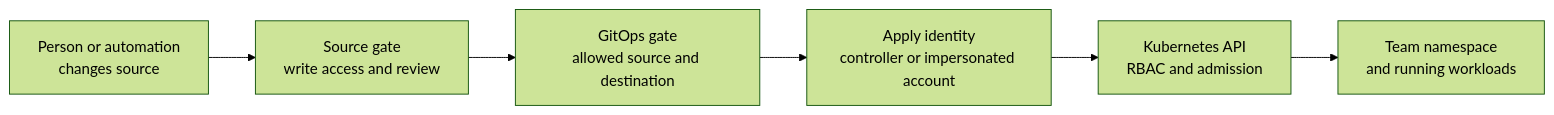
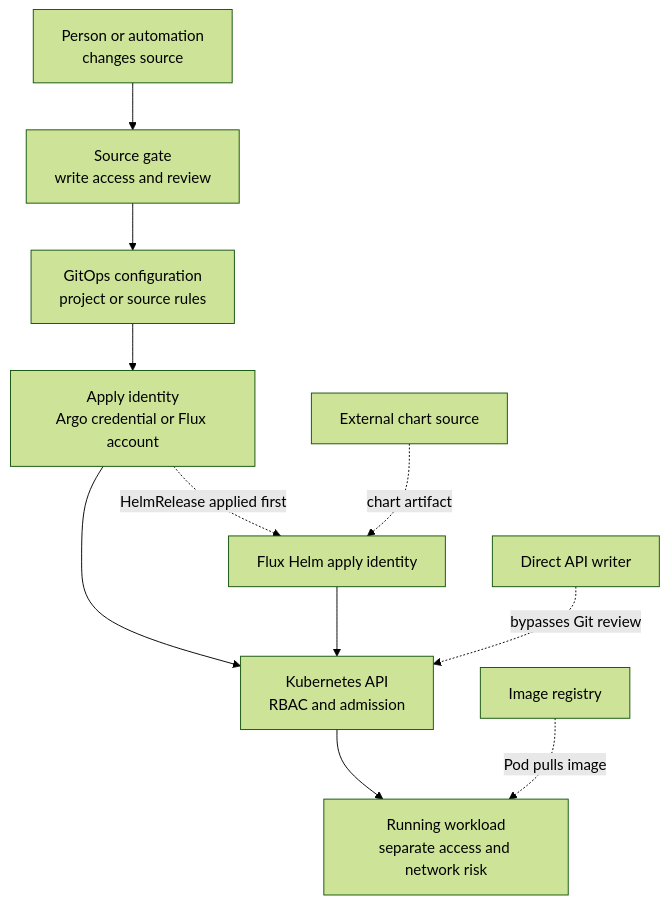
One commit to David-A18/MY-humble-knowledge-for-everyone changed the diagram in knowledge/kubernetes/applications-and-tools/gitops-security-and-multitenancy.md. Above: the diagram before and after it, drawn with Mermaid (forest theme). The commit also changed other lines of this file and 6 other files, not shown here.

Commit message:
Clarify GitOps tenant security and apply identities

````diff
--- a/knowledge/kubernetes/applications-and-tools/gitops-security-and-multitenancy.md
+++ b/knowledge/kubernetes/applications-and-tools/gitops-security-and-multitenancy.md
@@ -60,8 +88,13 @@
 ```mermaid
-flowchart LR
+flowchart TB
   author["Person or automation<br/>changes source"] --> git["Source gate<br/>write access and review"]
-  git --> policy["GitOps gate<br/>allowed source and destination"]
-  policy --> identity["Apply identity<br/>controller or impersonated account"]
+  git --> policy["GitOps configuration<br/>project or source rules"]
+  policy --> identity["Apply identity<br/>Argo credential or Flux account"]
+  identity -. "HelmRelease applied first" .-> helm["Flux Helm apply identity"]
+  chart["External chart source"] -. "chart artifact" .-> helm
   identity --> api["Kubernetes API<br/>RBAC and admission"]
-  api --> tenant["Team namespace<br/>and running workloads"]
+  helm --> api
+  direct["Direct API writer"] -. "bypasses Git review" .-> api
+  api --> tenant["Running workload<br/>separate access and network risk"]
+  image["Image registry"] -. "Pod pulls image" .-> tenant
 ```
````
